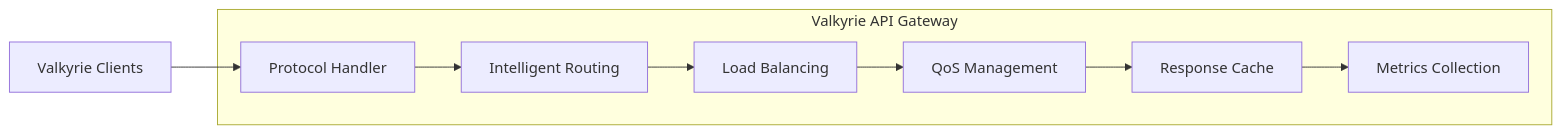
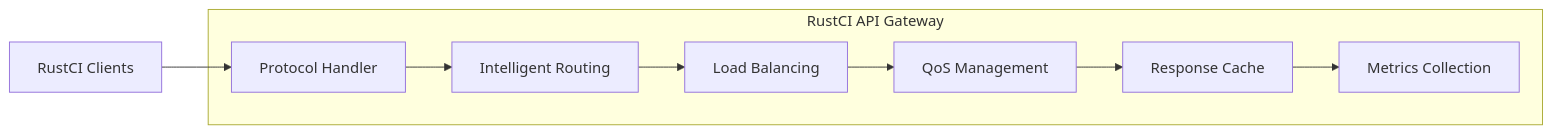
Before and after one commit to RitabrataRoychowdhury/RustCI: the third of 14 diagrams in docs/architecture/rustci-control-plane-architecture.md, drawn with Mermaid. The commit also changed other lines of this file and 182 other files, not shown here.

````diff
--- a/docs/architecture/rustci-control-plane-architecture.md
+++ b/docs/architecture/rustci-control-plane-architecture.md
@@ -122,18 +122,18 @@
 ```mermaid
 graph LR
-    subgraph "Valkyrie API Gateway"
+    subgraph "RustCI API Gateway"
         PROTO[Protocol Handler]
         ROUTE[Intelligent Routing]
         LB[Load Balancing]
         QOS[QoS Management]
         CACHE[Response Cache]
         METRICS[Metrics Collection]
     end
     
-    VALK_CLIENT[Valkyrie Clients] --> PROTO
+    RUSTCI_CLIENT[RustCI Clients] --> PROTO
     PROTO --> ROUTE
     ROUTE --> LB
     LB --> QOS
     QOS --> CACHE
     CACHE --> METRICS
 ```
````
